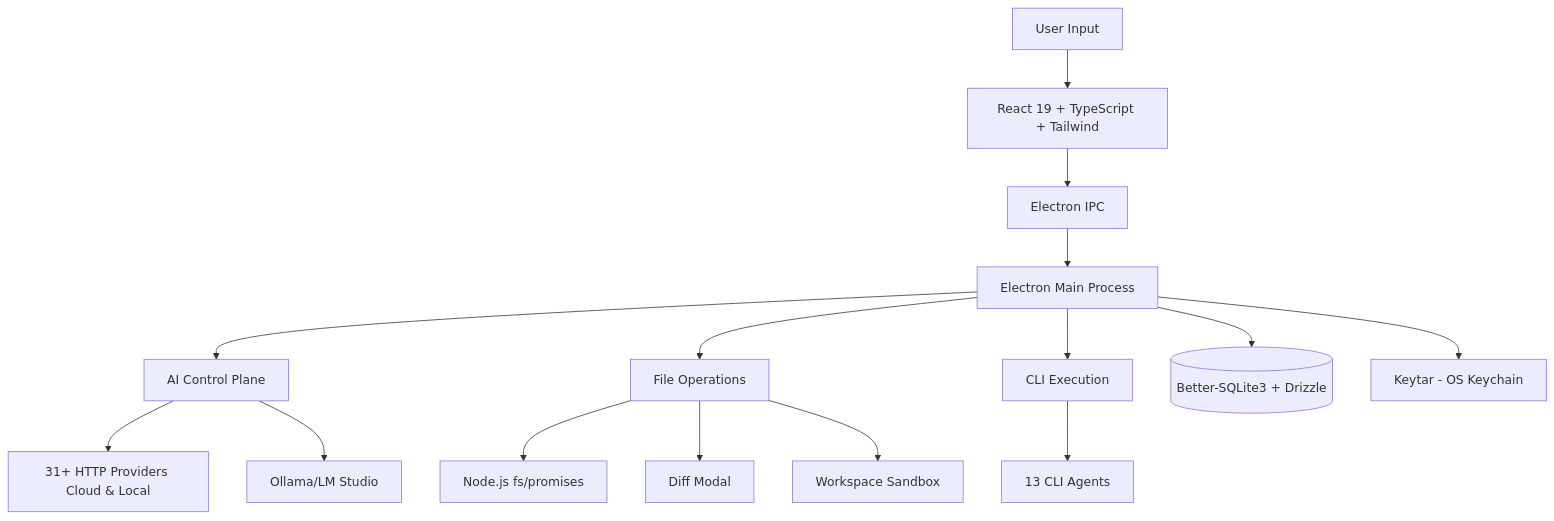
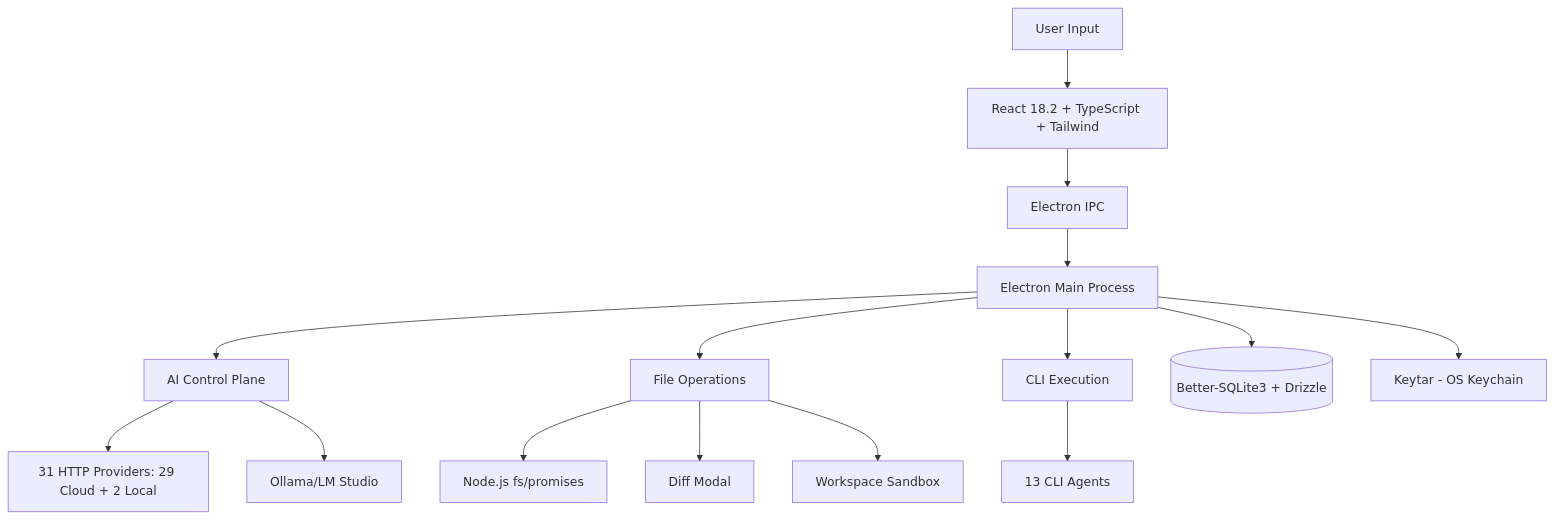
The diagram in SPECIFICATIONS.md (pavan53732/aide-desktop), drawn with Mermaid before and after one commit. The commit also changed other lines of this file and 4 other files, not shown here.

````diff
--- a/SPECIFICATIONS.md
+++ b/SPECIFICATIONS.md
@@ -176,21 +176,21 @@
 ```mermaid
 graph TB
-    User[User Input] --> Frontend[React 19 + TypeScript + Tailwind]
+    User[User Input] --> Frontend[React 18.2 + TypeScript + Tailwind]
     Frontend --> IPC[Electron IPC]
 
     IPC --> Main[Electron Main Process]
     Main --> MultiAI[AI Control Plane]
     Main --> FileOps[File Operations]
     Main --> CLIExec[CLI Execution]
 
-    MultiAI --> HTTP[31+ HTTP Providers Cloud & Local]
+    MultiAI --> HTTP[31 HTTP Providers: 29 Cloud + 2 Local]
     MultiAI --> LocalAI[Ollama/LM Studio]
     CLIExec --> CLI[13 CLI Agents]
 
     FileOps --> NodeFS[Node.js fs/promises]
     FileOps --> Diff[Diff Modal]
     FileOps --> Sandbox[Workspace Sandbox]
 
     Main --> SQLite[(Better-SQLite3 + Drizzle)]
     Main --> Keychain[Keytar - OS Keychain]
 ```
````
